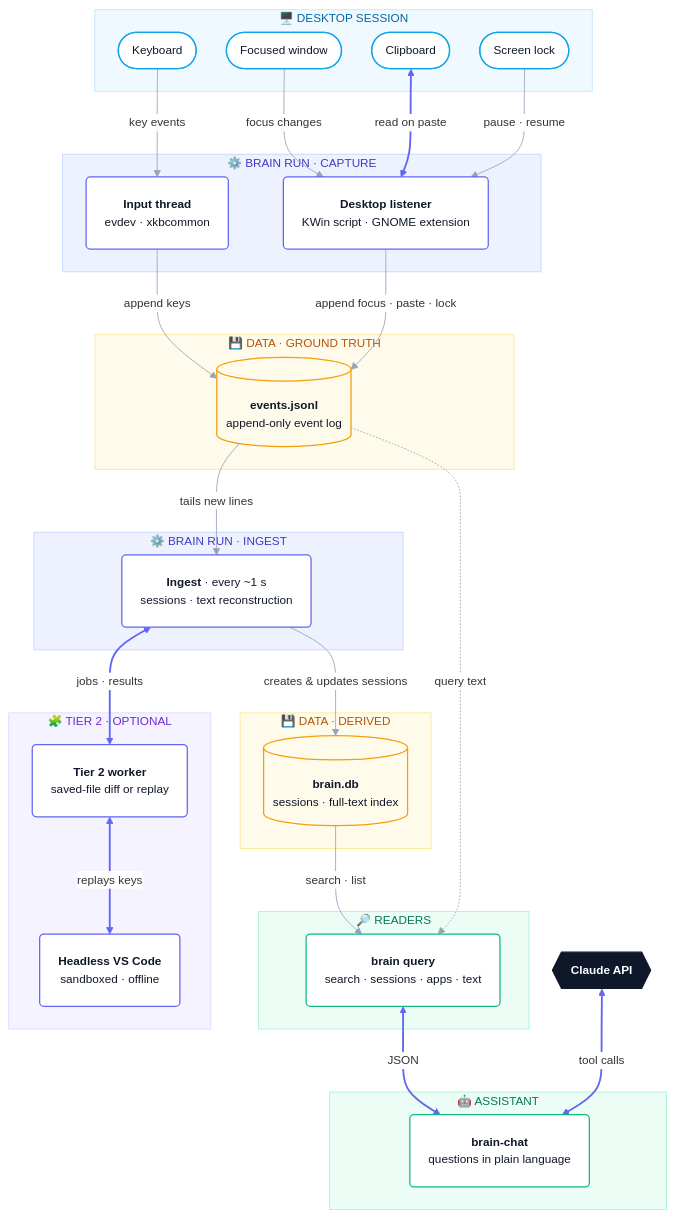
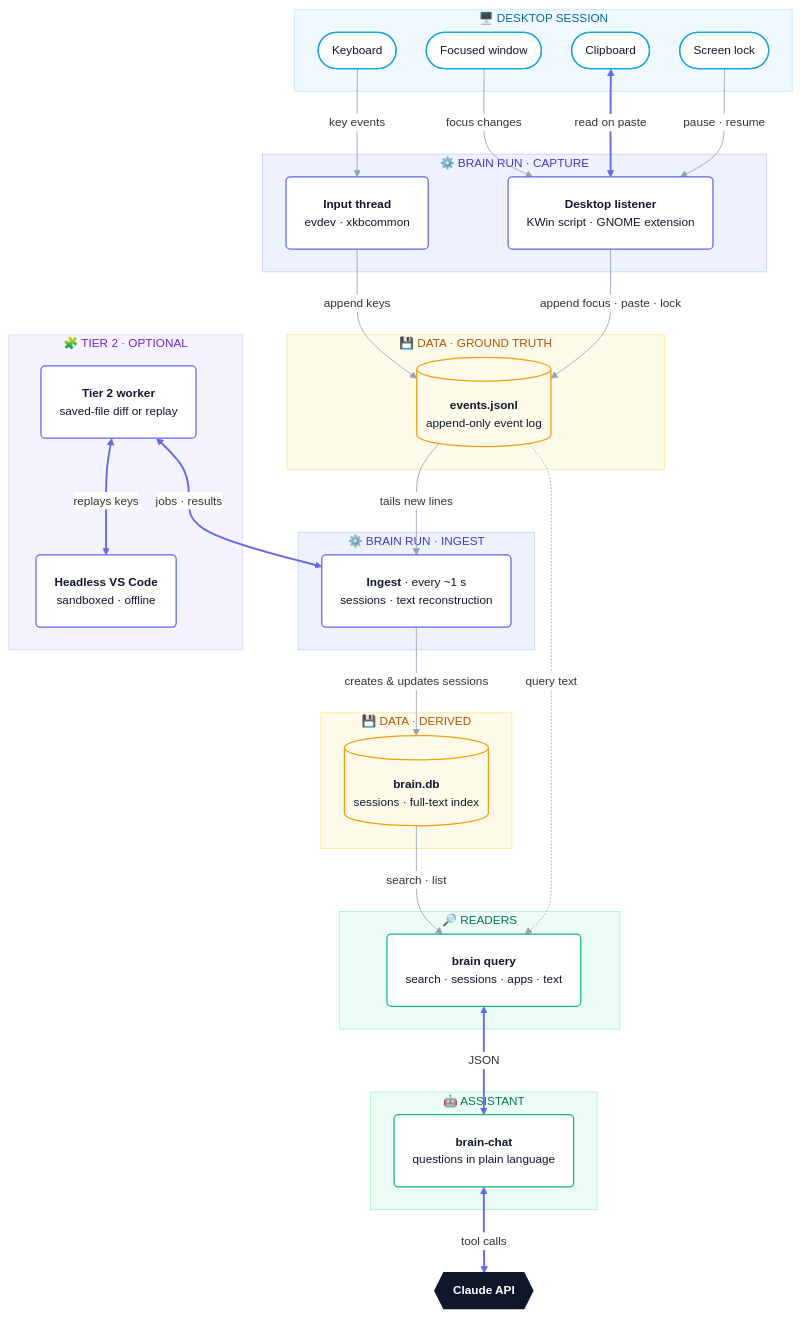
The first of 2 diagrams in DIAGRAMS.md (ChenOhana/shadow-assistant), drawn with Mermaid before and after one commit.

Commit message:
Straighten the architecture diagram's central column
Declare the tier 2 and Claude API links from the other end, so the
side parts no longer pull the layers sideways: the main column now
runs straight down. Labels, styles and arrows are unchanged.

Claude-Session: https://claude.ai/code/session_01TqJ1JQ5AR6NbGxAYUZbh83

````diff
--- a/DIAGRAMS.md
+++ b/DIAGRAMS.md
@@ -9,79 +9,79 @@
 ```mermaid
 %%{init: {"theme": "base", "themeVariables": {"fontSize": "14px", "lineColor": "#94a3b8", "edgeLabelBackground": "#ffffff", "textColor": "#334155"}, "flowchart": {"curve": "basis", "padding": 22, "nodeSpacing": 36, "rankSpacing": 54}}}%%
 flowchart TB
     subgraph L1["🖥️  DESKTOP SESSION"]
         KB(["Keyboard"])
         FOC(["Focused window"])
         CLIP(["Clipboard"])
         SCR(["Screen lock"])
     end
 
     subgraph L2["⚙️  BRAIN RUN · CAPTURE"]
         INP("<b>Input thread</b><br/>evdev · xkbcommon")
         DSK("<b>Desktop listener</b><br/>KWin script · GNOME extension")
     end
 
     subgraph L3["💾  DATA · GROUND TRUTH"]
         LOG[("<b>events.jsonl</b><br/>append-only event log")]
     end
 
     subgraph L4["⚙️  BRAIN RUN · INGEST"]
         ING("<b>Ingest</b> · every ~1 s<br/>sessions · text reconstruction")
     end
 
     subgraph L5["💾  DATA · DERIVED"]
         DB[("<b>brain.db</b><br/>sessions · full-text index")]
     end
 
     subgraph L6["🔎  READERS"]
         Q("<b>brain query</b><br/>search · sessions · apps · text")
     end
 
     subgraph LT["🧩  TIER 2 · OPTIONAL"]
         T2("<b>Tier 2 worker</b><br/>saved-file diff or replay")
         VSC("<b>Headless VS Code</b><br/>sandboxed · offline")
     end
 
     subgraph L7["🤖  ASSISTANT"]
         CHAT("<b>brain-chat</b><br/>questions in plain language")
     end
 
     API{{"<b>Claude API</b>"}}
 
     KB -->|"key events"| INP
     FOC -->|"focus changes"| DSK
     CLIP <-->|"read on paste"| DSK
     SCR -->|"pause · resume"| DSK
     INP -->|"append keys"| LOG
     DSK -->|"append focus · paste · lock"| LOG
     LOG -->|"tails new lines"| ING
     ING -->|"creates & updates sessions"| DB
-    ING <-->|"jobs · results"| T2
+    T2 <-->|"jobs · results"| ING
     T2 <-->|"replays keys"| VSC
     DB -->|"search · list"| Q
     LOG -.->|"query text"| Q
     Q <-->|"JSON"| CHAT
-    API <-->|"tool calls"| CHAT
+    CHAT <-->|"tool calls"| API
 
     classDef src fill:#ffffff,stroke:#0ea5e9,stroke-width:1.5px,color:#0f172a
     classDef proc fill:#ffffff,stroke:#6366f1,stroke-width:1.5px,color:#0f172a
     classDef store fill:#fffbeb,stroke:#f59e0b,stroke-width:1.5px,color:#0f172a
     classDef read fill:#ffffff,stroke:#10b981,stroke-width:1.5px,color:#0f172a
     classDef ext fill:#0f172a,stroke:#0f172a,stroke-width:1.5px,color:#ffffff
     class KB,FOC,CLIP,SCR src
     class INP,DSK,ING,T2,VSC proc
     class LOG,DB store
     class Q,CHAT read
     class API ext
 
     style L1 fill:#f0f9ff,stroke:#bae6fd,color:#0369a1
     style L2 fill:#eef2ff,stroke:#c7d2fe,color:#4338ca
     style L3 fill:#fffbeb,stroke:#fde68a,color:#b45309
     style L4 fill:#eef2ff,stroke:#c7d2fe,color:#4338ca
     style L5 fill:#fffbeb,stroke:#fde68a,color:#b45309
     style L6 fill:#ecfdf5,stroke:#a7f3d0,color:#047857
     style LT fill:#f5f3ff,stroke:#ddd6fe,color:#6d28d9
     style L7 fill:#ecfdf5,stroke:#a7f3d0,color:#047857
 
     linkStyle 2,8,9,12,13 stroke:#6366f1,stroke-width:2.2px
 ```
````
